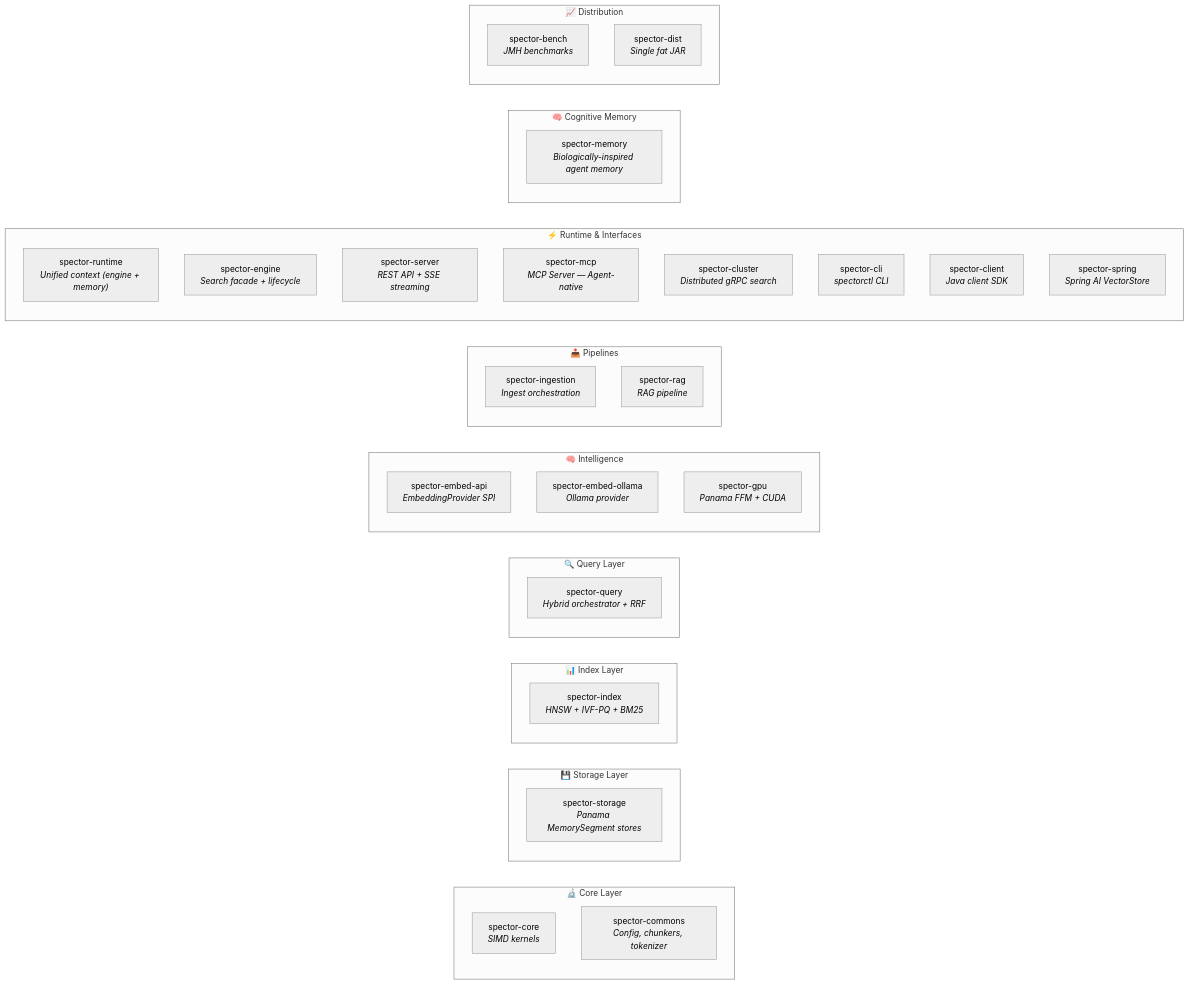
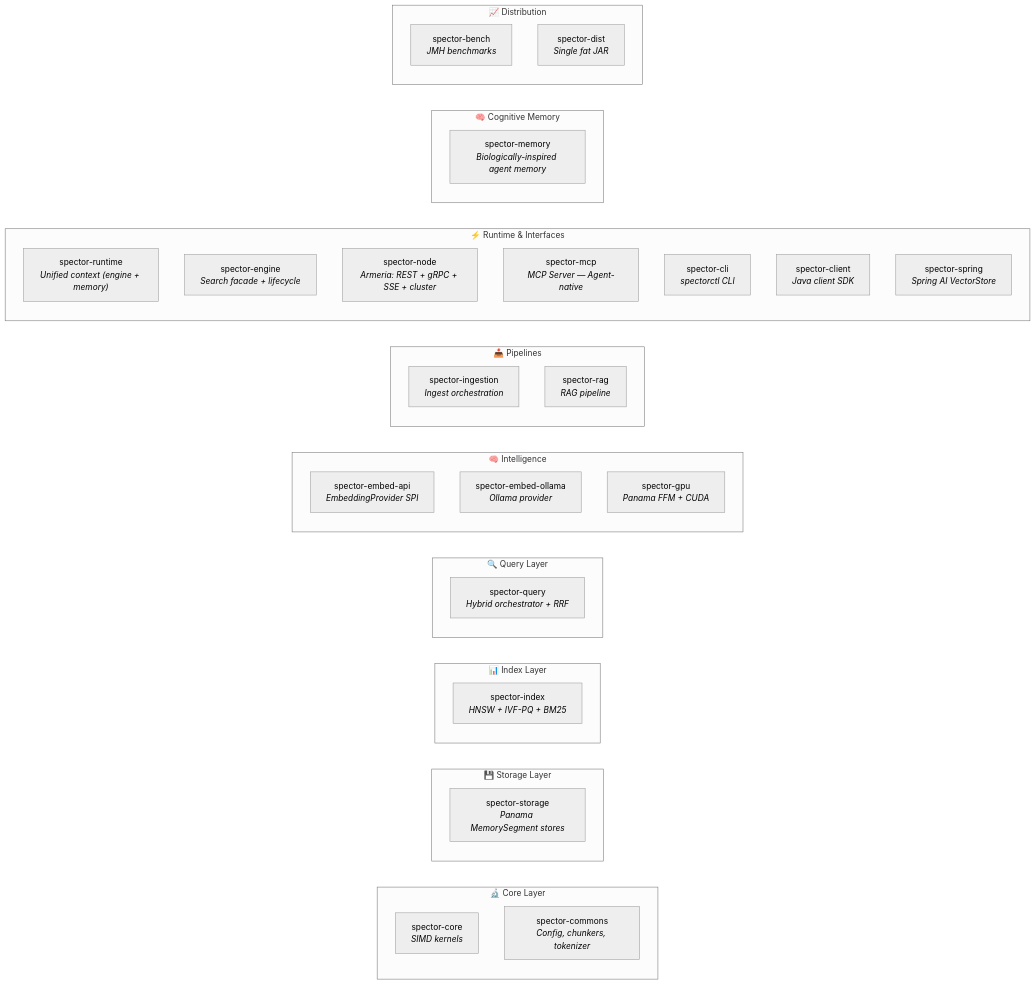
The first of 7 diagrams in docs/docs/architecture/overview.md (spectrayan/spector-search), drawn with Mermaid (neutral theme) before and after one commit. The commit also changed other lines of this file and 22 other files, not shown here.

````diff
--- a/docs/docs/architecture/overview.md
+++ b/docs/docs/architecture/overview.md
@@ -9,50 +9,49 @@
 ```mermaid
 graph LR
     subgraph "🔬 Core Layer"
         core["spector-core<br/><i>SIMD kernels</i>"]
         commons["spector-commons<br/><i>Config, chunkers, tokenizer</i>"]
     end
 
     subgraph "💾 Storage Layer"
         storage["spector-storage<br/><i>Panama MemorySegment stores</i>"]
     end
 
     subgraph "📊 Index Layer"
         index["spector-index<br/><i>HNSW + IVF-PQ + BM25</i>"]
     end
 
     subgraph "🔍 Query Layer"
         query["spector-query<br/><i>Hybrid orchestrator + RRF</i>"]
     end
 
     subgraph "🧠 Intelligence"
         embedapi["spector-embed-api<br/><i>EmbeddingProvider SPI</i>"]
         embedollama["spector-embed-ollama<br/><i>Ollama provider</i>"]
         gpu["spector-gpu<br/><i>Panama FFM + CUDA</i>"]
     end
 
     subgraph "📥 Pipelines"
         ingestion["spector-ingestion<br/><i>Ingest orchestration</i>"]
         rag["spector-rag<br/><i>RAG pipeline</i>"]
     end
 
     subgraph "⚡ Runtime & Interfaces"
         runtime["spector-runtime<br/><i>Unified context (engine + memory)</i>"]
         engine["spector-engine<br/><i>Search facade + lifecycle</i>"]
-        server["spector-server<br/><i>REST API + SSE streaming</i>"]
+        node["spector-node<br/><i>Armeria: REST + gRPC + SSE + cluster</i>"]
         mcp["spector-mcp<br/><i>MCP Server — Agent-native</i>"]
-        cluster["spector-cluster<br/><i>Distributed gRPC search</i>"]
         cli["spector-cli<br/><i>spectorctl CLI</i>"]
         client["spector-client<br/><i>Java client SDK</i>"]
         spring["spector-spring<br/><i>Spring AI VectorStore</i>"]
     end
 
     subgraph "🧠 Cognitive Memory"
         memory["spector-memory<br/><i>Biologically-inspired agent memory</i>"]
     end
 
     subgraph "📈 Distribution"
         bench["spector-bench<br/><i>JMH benchmarks</i>"]
         dist["spector-dist<br/><i>Single fat JAR</i>"]
     end
 ```
````
